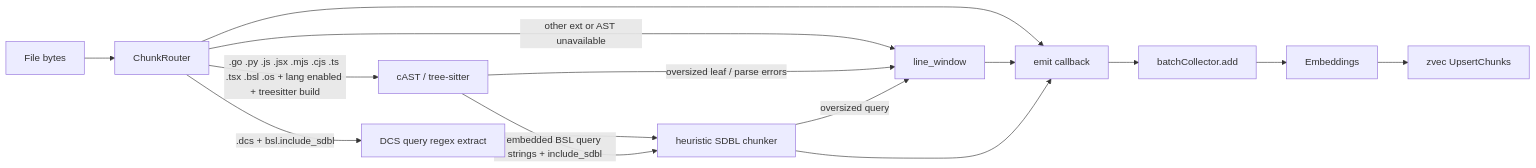
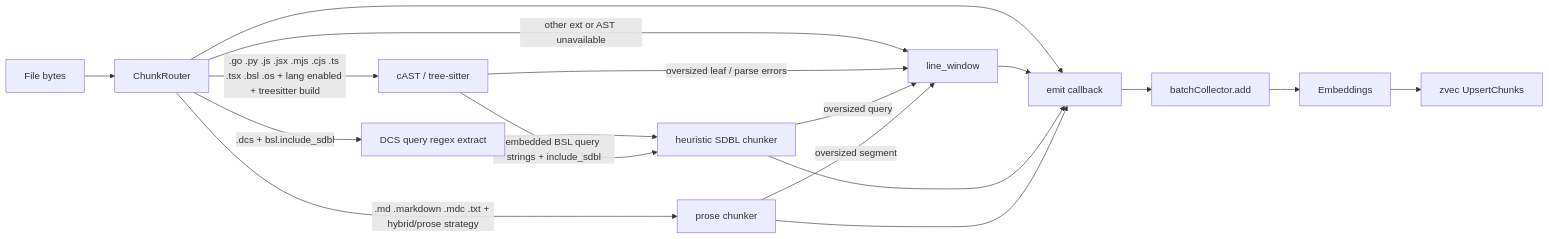
Before and after one commit to 1CSerg/mcp-semantic-search-zvec-go: the second of 2 diagrams in docs/ARCHITECTURE.md, drawn with Mermaid. The commit also changed other lines of this file and 38 other files, not shown here.

First line of the commit message:
Phase 1e: prose-chunking для Markdown, .mdc и .txt.

````diff
--- a/docs/ARCHITECTURE.md
+++ b/docs/ARCHITECTURE.md
@@ -138,17 +138,20 @@
 ```mermaid
 flowchart LR
   File[File bytes] --> Router[ChunkRouter]
+  Router -->|".md .markdown .mdc .txt" + hybrid/prose strategy| Prose[prose chunker]
   Router -->|".go .py .js .jsx .mjs .cjs .ts .tsx .bsl .os" + lang enabled + treesitter build| AST[cAST / tree-sitter]
   Router -->|".dcs" + bsl.include_sdbl| DCS[DCS query regex extract]
   DCS --> SDBL[heuristic SDBL chunker]
   Router -->|other ext or AST unavailable| LW[line_window]
   AST -->|embedded BSL query strings + include_sdbl| SDBL
   AST -->|oversized leaf / parse errors| LW
   SDBL -->|oversized query| LW
+  Prose -->|oversized segment| LW
   Router --> Emit[emit callback]
   LW --> Emit
   SDBL --> Emit
+  Prose --> Emit
   Emit --> Batch[batchCollector.add]
   Batch --> Emb[Embeddings]
   Emb --> Zvec[zvec UpsertChunks]
 ```
````
